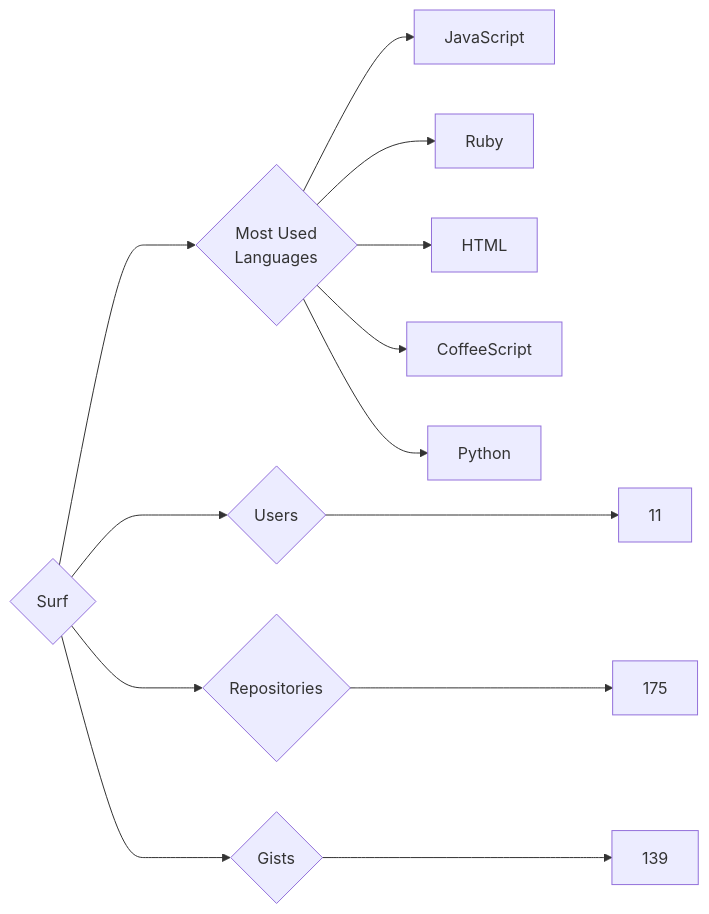
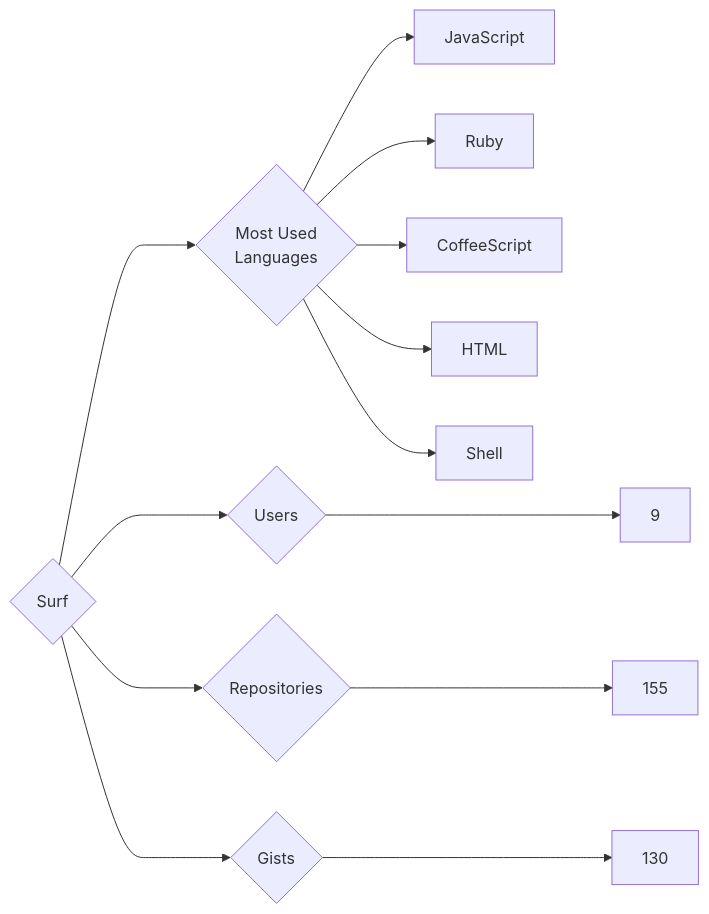
One commit to trickest/insiders changed the diagram in targets/Surf/README.md. Above: the diagram before and after it, drawn with Mermaid. The commit also changed 912 other files, not shown here.

````diff
--- a/targets/Surf/README.md
+++ b/targets/Surf/README.md
@@ -3,13 +3,13 @@
 ```mermaid
 graph LR
 COMPANY_NAME{Surf}
-COMPANY_NAME ---> U{Users} ---> UN[11]
-COMPANY_NAME ---> R{Repositories} ---> RN[175]
-COMPANY_NAME ---> G{Gists} ---> GN[139]
+COMPANY_NAME ---> U{Users} ---> UN[9]
+COMPANY_NAME ---> R{Repositories} ---> RN[155]
+COMPANY_NAME ---> G{Gists} ---> GN[130]
 COMPANY_NAME ---> ML{Most Used<br>Languages}
 ML --> JavaScript[JavaScript]
 ML --> Ruby[Ruby]
+ML --> CoffeeScript[CoffeeScript]
 ML --> HTML[HTML]
-ML --> CoffeeScript[CoffeeScript]
-ML --> Python[Python]
+ML --> Shell[Shell]
 ```
````
